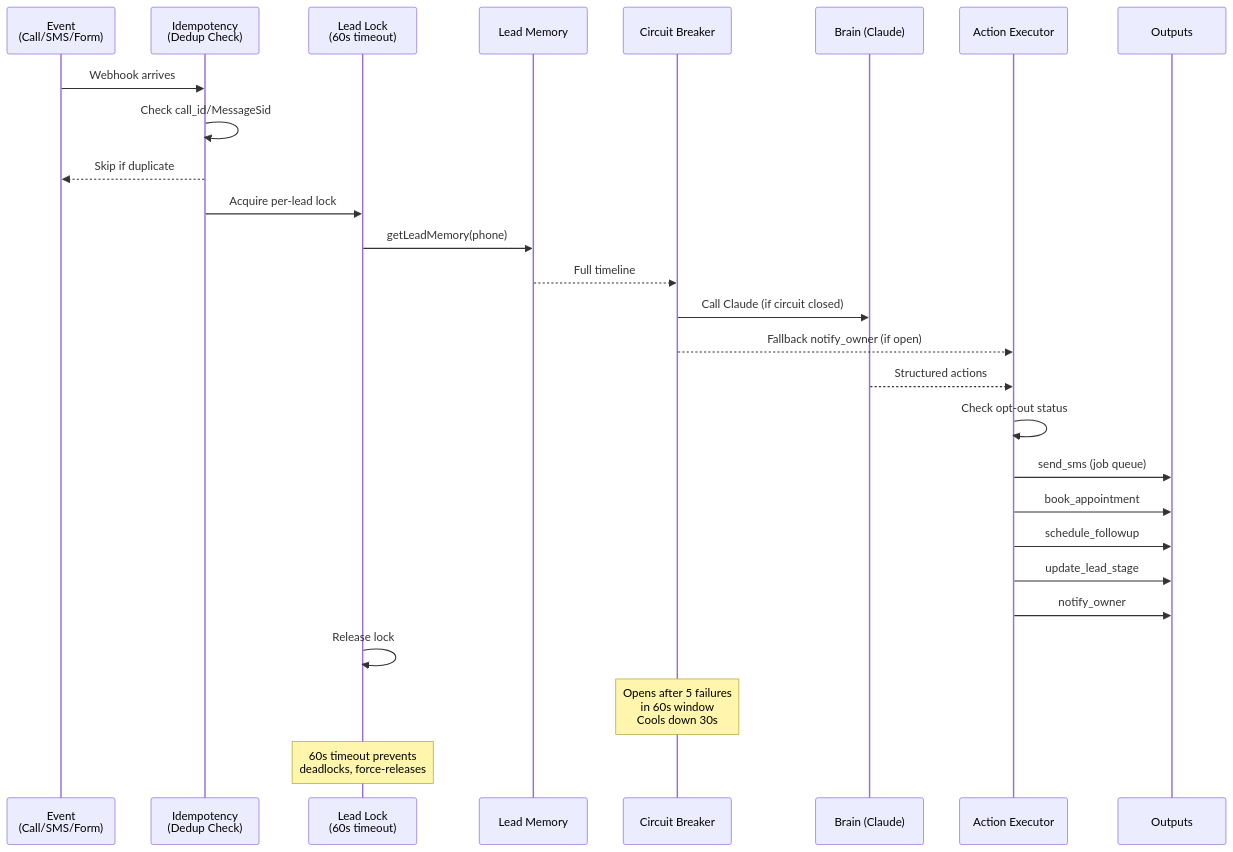
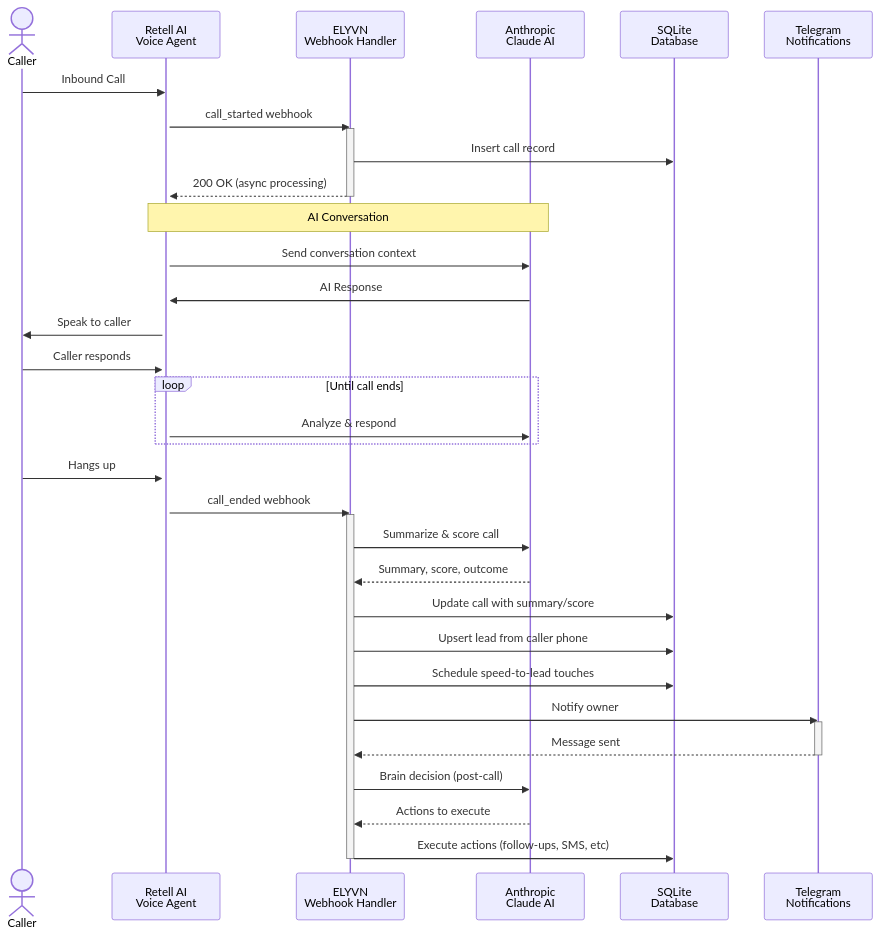
The second of 5 diagrams in README.md (sweetsinai/elyvn), drawn with Mermaid before and after one commit. The commit also changed other lines of this file and 4 other files, not shown here.

````diff
--- a/README.md
+++ b/README.md
@@ -209,31 +85,43 @@
 ```mermaid
 sequenceDiagram
-    participant E as Event<br/>(Call/SMS/Form)
-    participant I as Idempotency<br/>(Dedup Check)
-    participant L as Lead Lock<br/>(60s timeout)
-    participant M as Lead Memory
-    participant CB as Circuit Breaker
-    participant B as Brain (Claude)
-    participant A as Action Executor
-    participant O as Outputs
+    actor Caller
+    participant RetellAI as Retell AI<br/>Voice Agent
+    participant ELYVN as ELYVN<br/>Webhook Handler
+    participant Claude as Anthropic<br/>Claude AI
+    participant DB as SQLite<br/>Database
+    participant Telegram as Telegram<br/>Notifications
 
-    E->>I: Webhook arrives
-    I->>I: Check call_id/MessageSid
-    I-->>E: Skip if duplicate
-    I->>L: Acquire per-lead lock
-    L->>M: getLeadMemory(phone)
-    M-->>CB: Full timeline
-    CB->>B: Call Claude (if circuit closed)
-    CB-->>A: Fallback notify_owner (if open)
-    B-->>A: Structured actions
-    A->>A: Check opt-out status
-    A->>O: send_sms (job queue)
-    A->>O: book_appointment
-    A->>O: schedule_followup
-    A->>O: update_lead_stage
-    A->>O: notify_owner
-    L->>L: Release lock
+    Caller->>RetellAI: Inbound Call
+    activate RetellAI
+    RetellAI->>ELYVN: call_started webhook
+    activate ELYVN
+    ELYVN->>DB: Insert call record
+    ELYVN-->>RetellAI: 200 OK (async processing)
+    deactivate ELYVN
 
-    Note over CB: Opens after 5 failures<br/>in 60s window<br/>Cools down 30s
-    Note over L: 60s timeout prevents<br/>deadlocks, force-releases
+    Note over RetellAI,Claude: AI Conversation
+    RetellAI->>Claude: Send conversation context
+    Claude->>RetellAI: AI Response
+    RetellAI->>Caller: Speak to caller
+    Caller->>RetellAI: Caller responds
+    loop Until call ends
+        RetellAI->>Claude: Analyze & respond
+    end
+
+    Caller->>RetellAI: Hangs up
+    RetellAI->>ELYVN: call_ended webhook
+    activate ELYVN
+    ELYVN->>Claude: Summarize & score call
+    Claude-->>ELYVN: Summary, score, outcome
+    ELYVN->>DB: Update call with summary/score
+    ELYVN->>DB: Upsert lead from caller phone
+    ELYVN->>DB: Schedule speed-to-lead touches
+    ELYVN->>Telegram: Notify owner
+    activate Telegram
+    Telegram-->>ELYVN: Message sent
+    deactivate Telegram
+    ELYVN->>Claude: Brain decision (post-call)
+    Claude-->>ELYVN: Actions to execute
+    ELYVN->>DB: Execute actions (follow-ups, SMS, etc)
+    deactivate ELYVN
 ```
````
